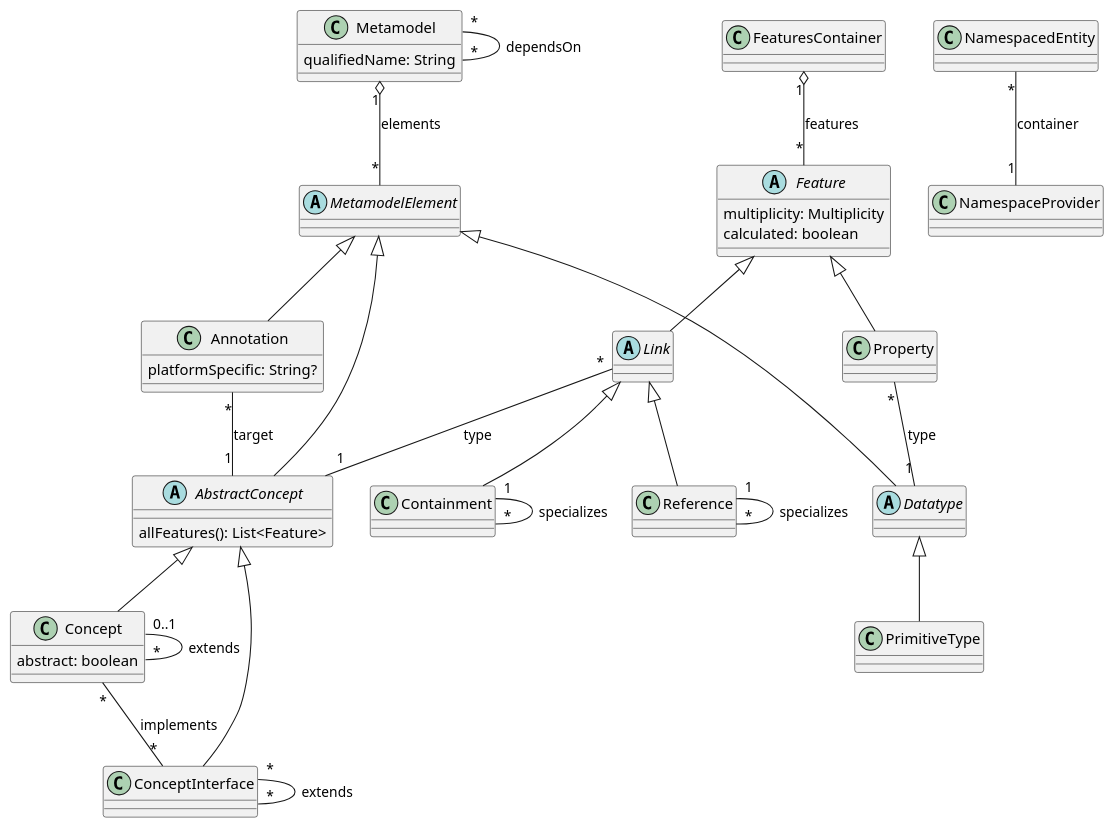
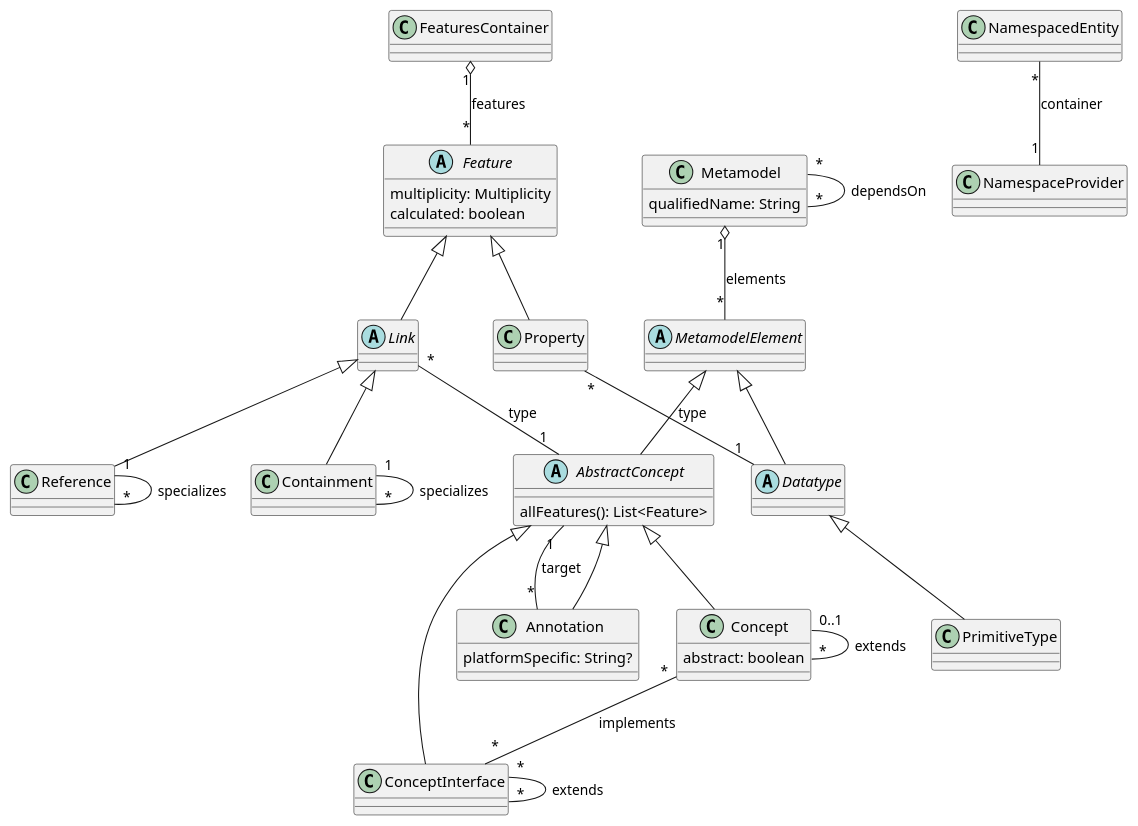
One commit to LionWeb-io/specification changed the diagram in lioncore/metametamodel_simplified.puml. Above: the diagram before and after it, drawn with PlantUML. The commit also changed 1 other file, not shown here.

Commit message:
make Annotation extends AbstractConcept #13

```diff
--- a/lioncore/metametamodel_simplified.puml
+++ b/lioncore/metametamodel_simplified.puml
@@ -1,69 +1,69 @@
 @startuml
 
 ' classes
 
 class Metamodel  {
   qualifiedName: String
 }
 
 class Concept extends AbstractConcept {
   abstract: boolean
 }
 
 class ConceptInterface extends AbstractConcept
 
 class PrimitiveType extends Datatype
 
-class Annotation extends MetamodelElement  {
+class Annotation extends AbstractConcept  {
   platformSpecific: String?
 }
 
 class Containment extends Link
 
 class Reference extends Link
 
 class Property extends Feature
 
 ' Abstract classes
 
 abstract class MetamodelElement
 
 abstract class AbstractConcept extends MetamodelElement {
   allFeatures(): List<Feature>
 }
 
 abstract class Datatype extends MetamodelElement
 
 abstract class Feature {
   multiplicity: Multiplicity
   calculated: boolean
 }
 
 abstract class Link extends Feature {
 }
 
 ' Relations
 
 Metamodel "1" o-- "*" MetamodelElement: elements
 Metamodel "*" -- "*" Metamodel: dependsOn
 
 Concept "0..1" -- "*" Concept: extends
 Concept "*" -- "*" ConceptInterface: implements
 
 ConceptInterface "*" -- "*" ConceptInterface: extends
 
 Annotation "*" -- "1" AbstractConcept: target
 
 Containment "1" -- "*" Containment: specializes
 
 Reference "1" -- "*" Reference: specializes
 
 Property "*" -- "1" Datatype: type
 
 Link "*" -- "1" AbstractConcept: type
 
 NamespacedEntity "*" -- "1" NamespaceProvider: container
 
 FeaturesContainer "1" o-- "*" Feature: features
 
 @enduml
```
